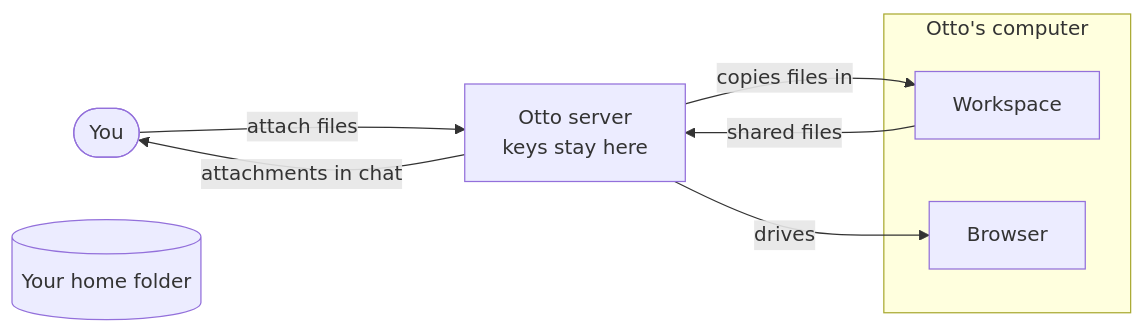
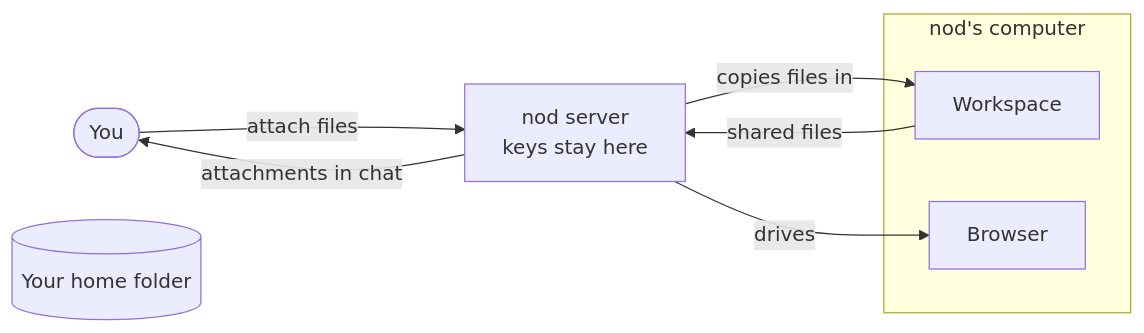
One commit to KrishBhimani/nod changed the diagram in docs/src/content/docs/use/workspace.md. Above: the diagram before and after it, drawn with Mermaid. The commit also changed other lines of this file and 380 other files, not shown here.

Commit message:
feat!: rename Otto to nod (#398)

````diff
--- a/docs/src/content/docs/use/workspace.md
+++ b/docs/src/content/docs/use/workspace.md
@@ -26,15 +26,15 @@
 ```mermaid
 flowchart LR
   you([You]):::accent
   home[(Your home folder)]:::muted
-  server[Otto server<br/>keys stay here]
-  subgraph otto ["Otto's computer"]
+  server[nod server<br/>keys stay here]
+  subgraph nod ["nod's computer"]
     ws[Workspace]
     br[Browser]
   end
   you -- attach files --> server
   server -- copies files in --> ws
   ws -- shared files --> server
   server -- attachments in chat --> you
   server -- drives --> br
 ```
````
